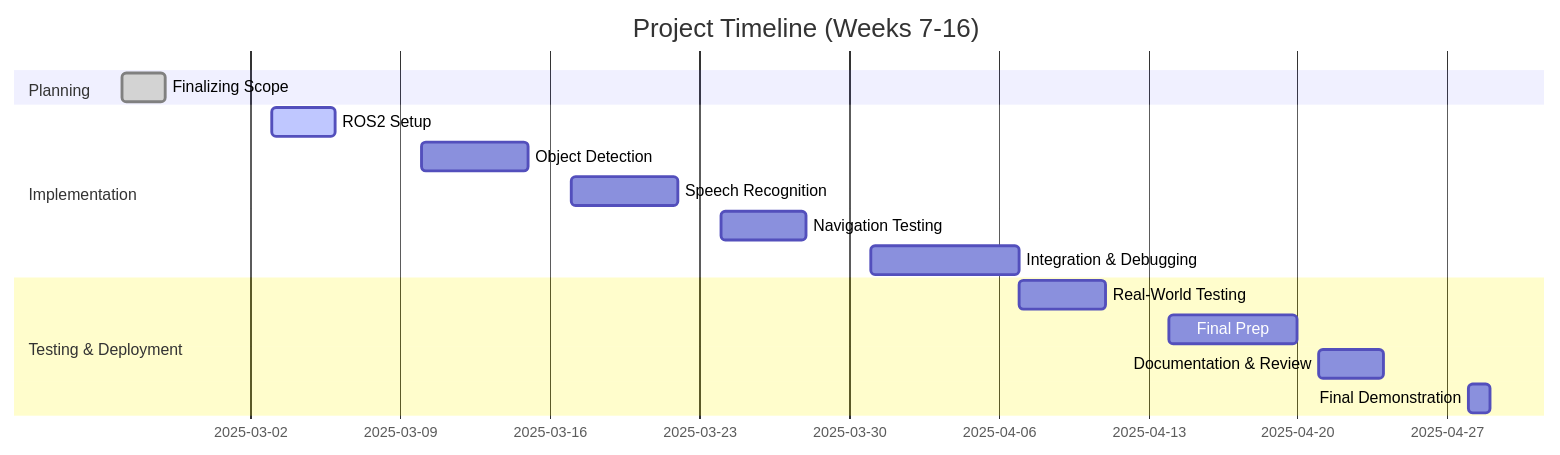
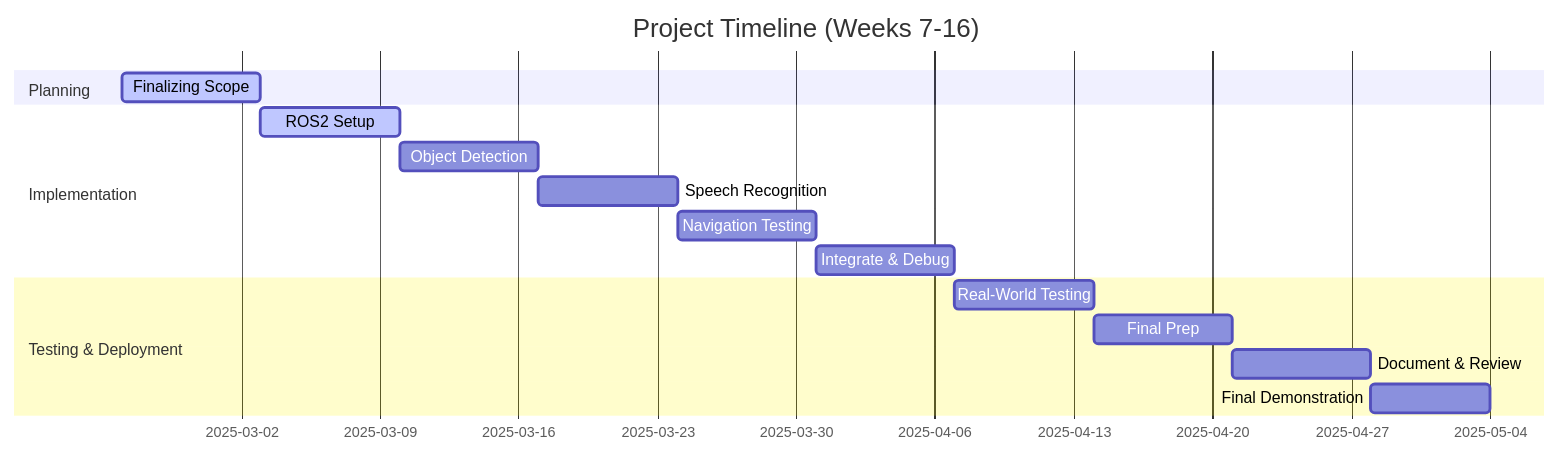
One commit to RAS598-2025-S-Team11/RAS598-2025-S-Team11.github.io changed the diagram in docs/index.md. Above: the diagram before and after it, drawn with Mermaid.

````diff
--- a/docs/index.md
+++ b/docs/index.md
@@ -167,18 +167,18 @@
 ```mermaid
 gantt
     title Project Timeline (Weeks 7-16)
     dateFormat  YYYY-MM-DD
     section Planning
-    Finalizing Scope :done, milestone1, 2025-02-24, 2d
+    Finalizing Scope :active, milestone1, 2025-02-24, 7d
     section Implementation
-    ROS2 Setup :active, milestone2, 2025-03-03, 3d
-    Object Detection :milestone3, 2025-03-10, 5d
-    Speech Recognition :milestone4, 2025-03-17, 5d
-    Navigation Testing :milestone5, 2025-03-24, 4d
-    Integration & Debugging :milestone6, 2025-03-31, 7d
+    ROS2 Setup :active, milestone2, 2025-03-03, 7d
+    Object Detection :milestone3, 2025-03-10, 7d
+    Speech Recognition :milestone4, 2025-03-17, 7d
+    Navigation Testing :milestone5, 2025-03-24, 7d
+    Integrate & Debug :milestone6, 2025-03-31, 7d
     section Testing & Deployment
-    Real-World Testing :milestone7, 2025-04-07, 4d
-    Final Prep :milestone8, 2025-04-14, 6d
-    Documentation & Review :milestone9, 2025-04-21, 3d
-    Final Demonstration :milestone10, 2025-04-28, 1d
+    Real-World Testing :milestone7, 2025-04-07, 7d
+    Final Prep :milestone8, 2025-04-14, 7d
+    Document & Review :milestone9, 2025-04-21, 7d
+    Final Demonstration :milestone10, 2025-04-28, 6d
 ```
````
